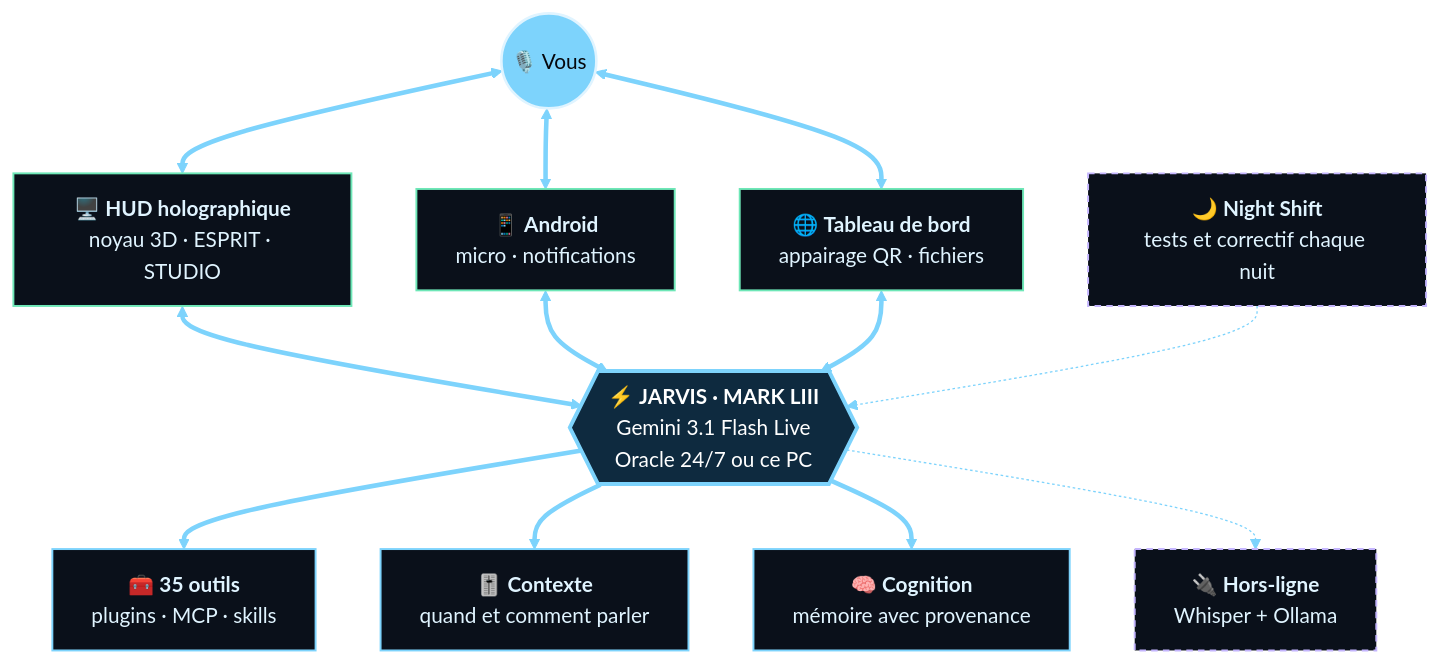
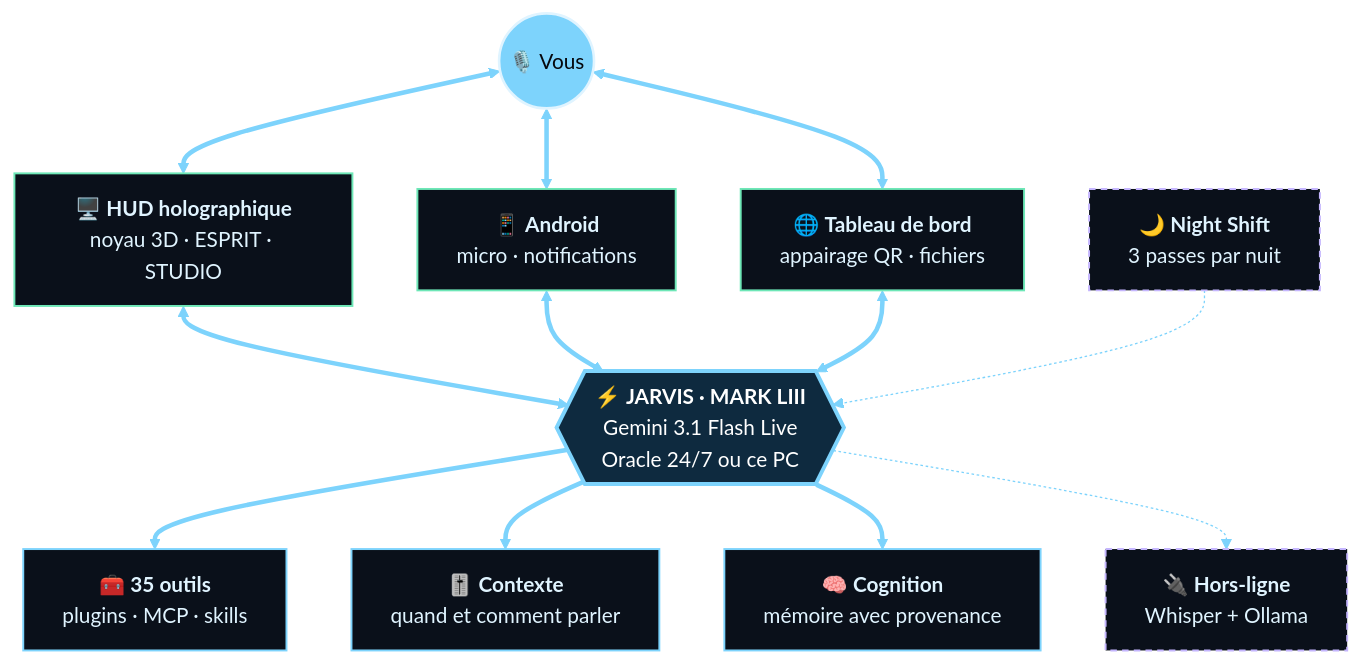
The first of 2 diagrams in readme.md (TeddyDARKVADOR/Jarvis_replacement_new), drawn with Mermaid before and after one commit. The commit also changed other lines of this file and 13 other files, not shown here.

First line of the commit message:
Night Shift : trois passes par nuit, chacune sur un problème différent

````diff
--- a/readme.md
+++ b/readme.md
@@ -19,34 +19,34 @@
 ```mermaid
 %%{init: {"theme": "base", "themeVariables": {"fontFamily": "Segoe UI, Helvetica, Arial", "fontSize": "16px", "primaryColor": "#0B1A2A", "primaryTextColor": "#E0F4FF", "primaryBorderColor": "#7DD3FC", "lineColor": "#7DD3FC", "edgeLabelBackground": "#0B1A2A"}}}%%
 flowchart TB
     you(("🎙️ Vous"))
 
     hud["🖥️ <b>HUD holographique</b><br/>noyau 3D · ESPRIT · STUDIO"]
     android["📱 <b>Android</b><br/>micro · notifications"]
     web["🌐 <b>Tableau de bord</b><br/>appairage QR · fichiers"]
 
     live{{"⚡ <b>JARVIS · MARK LIII</b><br/>Gemini 3.1 Flash Live<br/>Oracle 24/7 ou ce PC"}}
-    night["🌙 <b>Night Shift</b><br/>tests et correctif chaque nuit"]
+    night["🌙 <b>Night Shift</b><br/>3 passes par nuit"]
 
     tools["🧰 <b>35 outils</b><br/>plugins · MCP · skills"]
     ctx["🎚️ <b>Contexte</b><br/>quand et comment parler"]
     mind["🧠 <b>Cognition</b><br/>mémoire avec provenance"]
     offline["🔌 <b>Hors-ligne</b><br/>Whisper + Ollama"]
 
     you <==> hud & android & web
     hud & android & web <==> live
     night -.-> live
     live ==> tools & ctx & mind
     live -.-> offline
 
     classDef core fill:#0E2A3F,stroke:#7DD3FC,stroke-width:3px,color:#FFFFFF
     classDef ui fill:#0A101A,stroke:#6EE7B7,stroke-width:1.5px,color:#E0F4FF
     classDef brain fill:#0A101A,stroke:#7DD3FC,stroke-width:1.5px,color:#E0F4FF
     classDef side fill:#0A101A,stroke:#C4B5FD,stroke-width:1.5px,color:#E0F4FF,stroke-dasharray:5 4
     classDef user fill:#7DD3FC,stroke:#E0F4FF,stroke-width:2px,color:#05070C
     class live core
     class hud,android,web ui
     class tools,ctx,mind brain
     class offline,night side
     class you user
 ```
````
